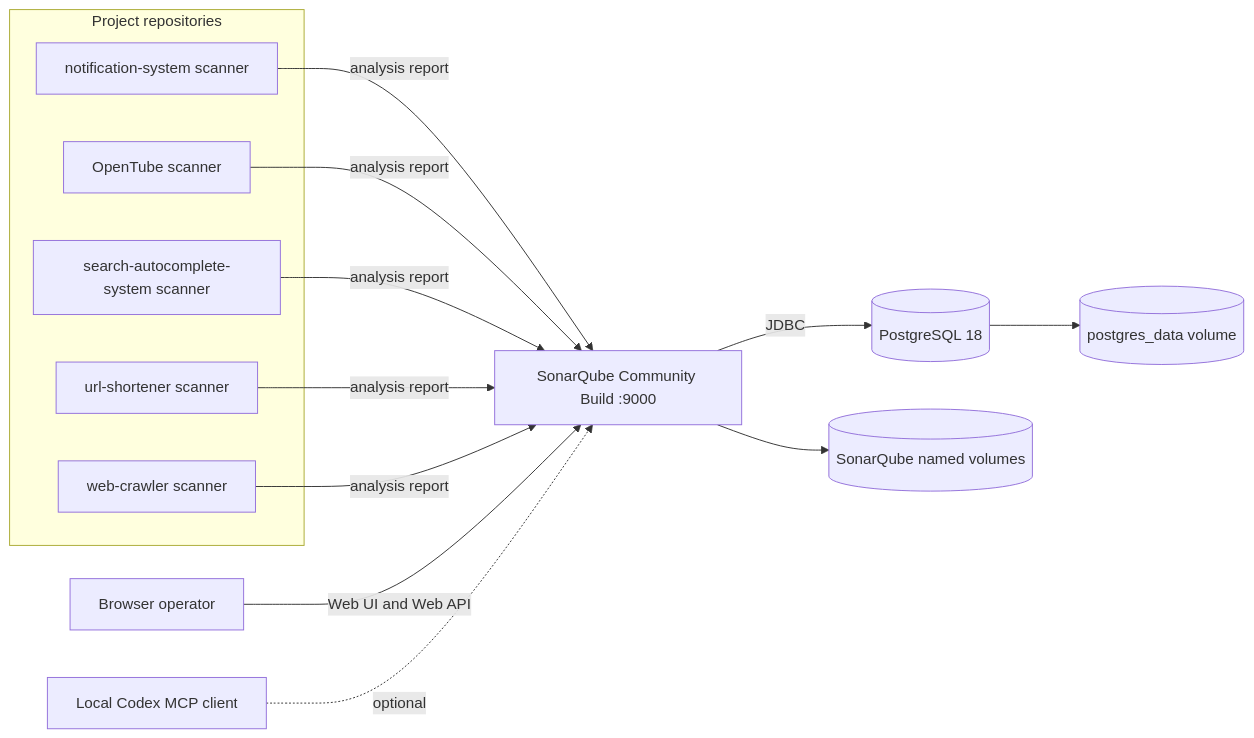
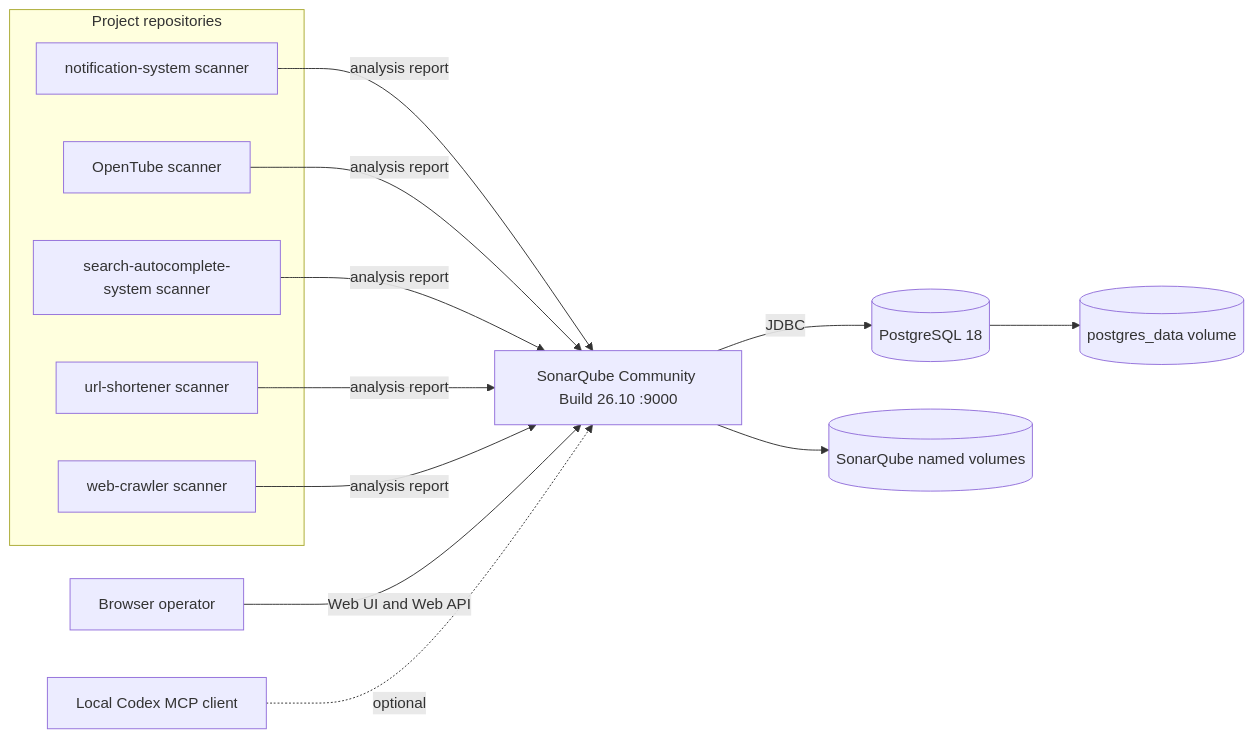
One commit to marcelomiyake/sonarqube changed the first of 2 diagrams in docs/system-design.md. Above: the diagram before and after it, drawn with Mermaid. The commit also changed other lines of this file and 7 other files, not shown here.

First line of the commit message:
build(compose): pin SonarQube Community Build 26.10.0.133078

````diff
--- a/docs/system-design.md
+++ b/docs/system-design.md
@@ -51,20 +51,20 @@
 ```mermaid
 flowchart LR
   subgraph Consumers[Project repositories]
     N[notification-system scanner]
     O[OpenTube scanner]
     S[search-autocomplete-system scanner]
     U[url-shortener scanner]
     W[web-crawler scanner]
   end
-  N -->|analysis report| SQ[SonarQube Community Build :9000]
+  N -->|analysis report| SQ[SonarQube Community Build 26.10 :9000]
   O -->|analysis report| SQ
   S -->|analysis report| SQ
   U -->|analysis report| SQ
   W -->|analysis report| SQ
   B[Browser operator] -->|Web UI and Web API| SQ
   C[Local Codex MCP client] -. optional .-> SQ
   SQ -->|JDBC| DB[(PostgreSQL 18)]
   SQ --> QV[(SonarQube named volumes)]
   DB --> PV[(postgres_data volume)]
 ```
````
